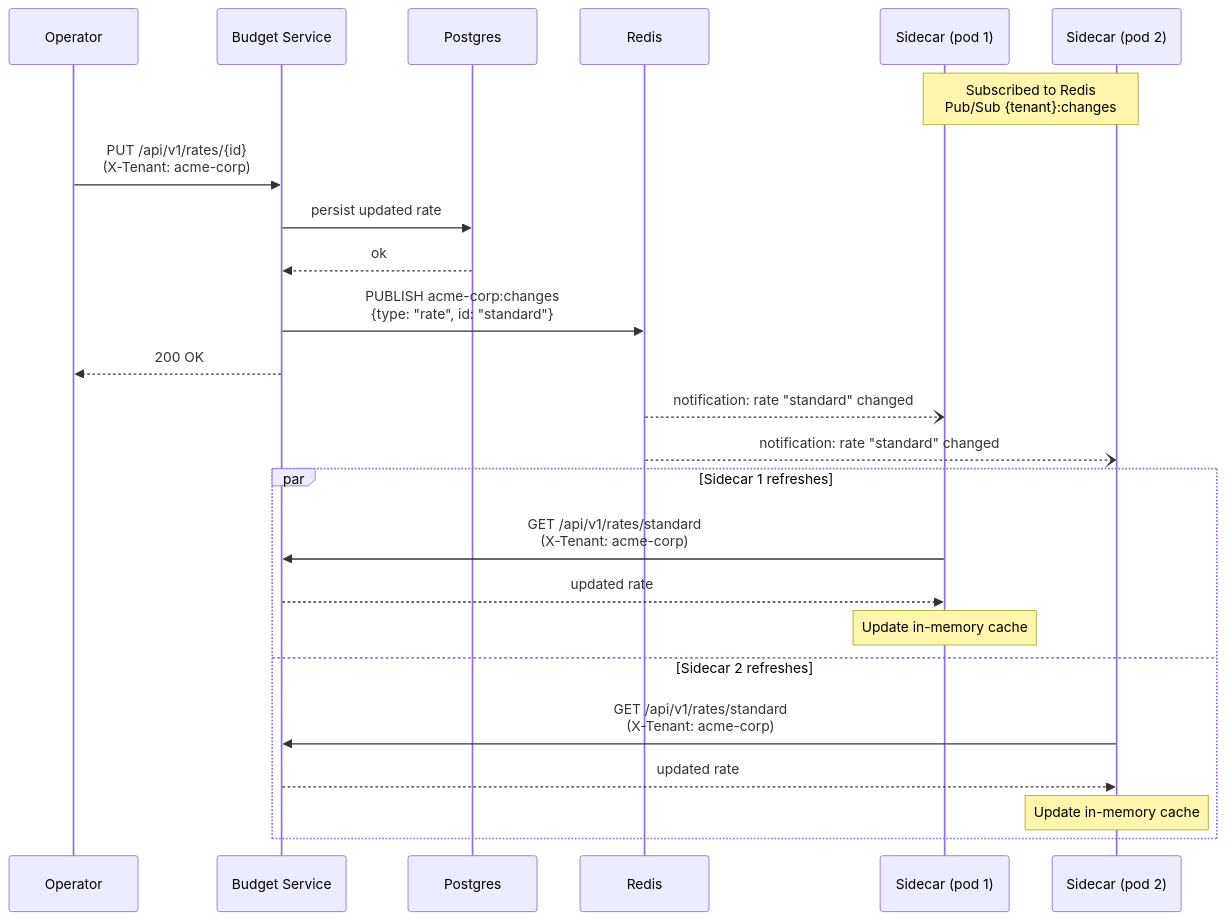
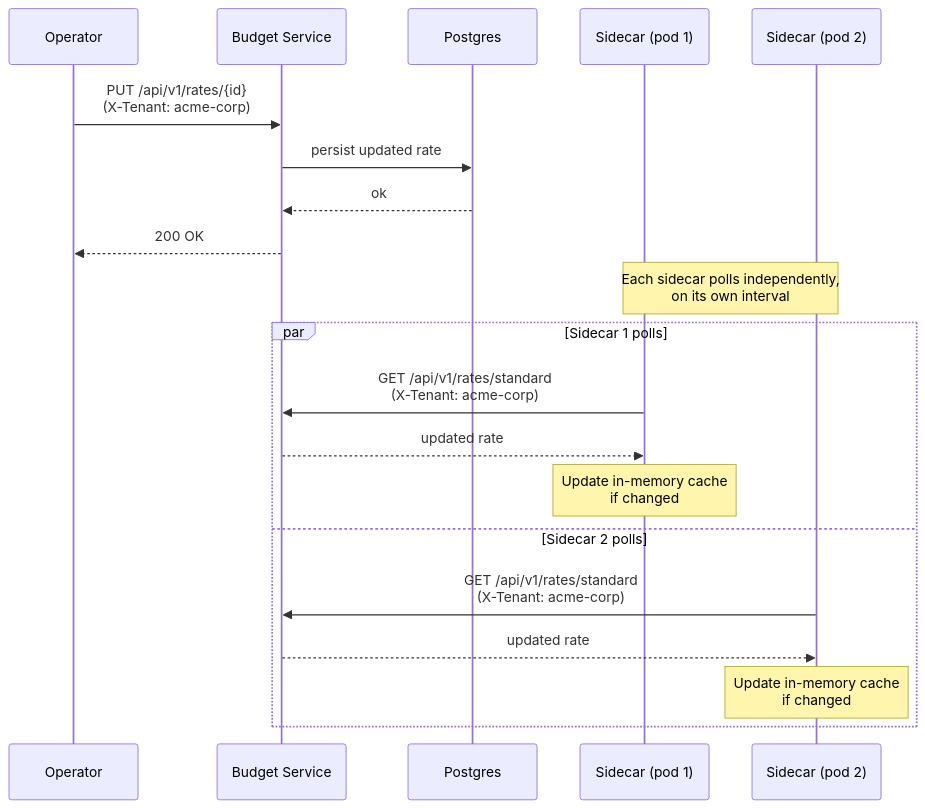
Before and after one commit to ahadas/architecture-decision-records: the third of 3 diagrams in architecture-decision-records/ai-gateway/ODH-ADR-0001-Tokenomics.md, drawn with Mermaid. The commit also changed other lines of this file, not shown here.

````diff
--- a/architecture-decision-records/ai-gateway/ODH-ADR-0001-Tokenomics.md
+++ b/architecture-decision-records/ai-gateway/ODH-ADR-0001-Tokenomics.md
@@ -163,30 +163,25 @@
 ```mermaid
 sequenceDiagram
     participant Operator
     participant BudgetService as Budget Service
     participant Postgres
-    participant Redis
     participant Sidecar1 as Sidecar (pod 1)
     participant Sidecar2 as Sidecar (pod 2)
-
-    Note over Sidecar1,Sidecar2: Subscribed to Redis<br>Pub/Sub {tenant}:changes
 
     Operator->>BudgetService: PUT /api/v1/rates/{id}<br>(X-Tenant: acme-corp)
     BudgetService->>Postgres: persist updated rate
     Postgres-->>BudgetService: ok
-    BudgetService->>Redis: PUBLISH acme-corp:changes<br>{type: "rate", id: "standard"}
     BudgetService-->>Operator: 200 OK
 
-    Redis--)Sidecar1: notification: rate "standard" changed
-    Redis--)Sidecar2: notification: rate "standard" changed
+    Note over Sidecar1,Sidecar2: Each sidecar polls independently,<br>on its own interval
 
-    par Sidecar 1 refreshes
+    par Sidecar 1 polls
         Sidecar1->>BudgetService: GET /api/v1/rates/standard<br>(X-Tenant: acme-corp)
         BudgetService-->>Sidecar1: updated rate
-        Note over Sidecar1: Update in-memory cache
-    and Sidecar 2 refreshes
+        Note over Sidecar1: Update in-memory cache<br>if changed
+    and Sidecar 2 polls
         Sidecar2->>BudgetService: GET /api/v1/rates/standard<br>(X-Tenant: acme-corp)
         BudgetService-->>Sidecar2: updated rate
-        Note over Sidecar2: Update in-memory cache
+        Note over Sidecar2: Update in-memory cache<br>if changed
     end
 ```
````
